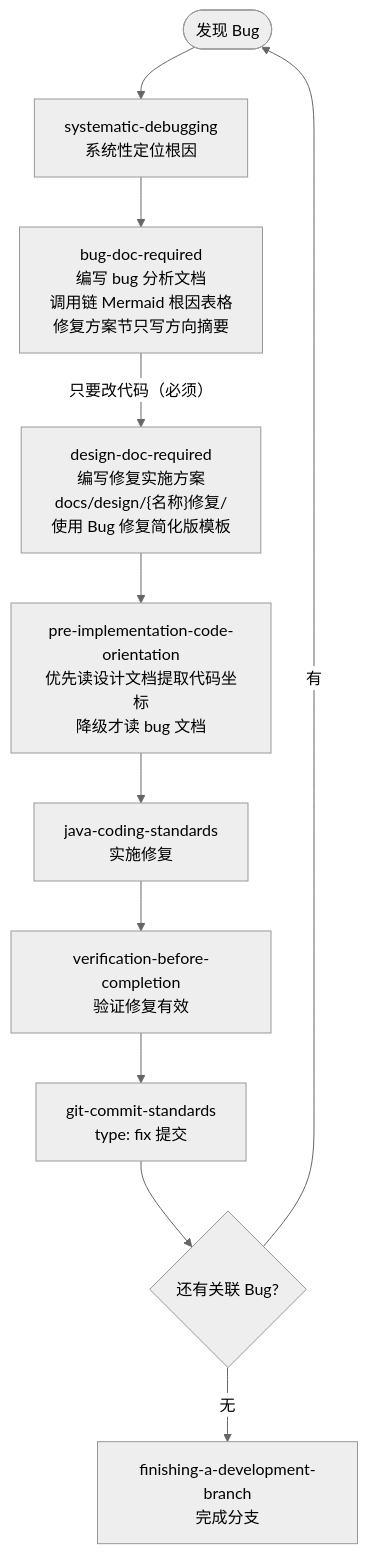
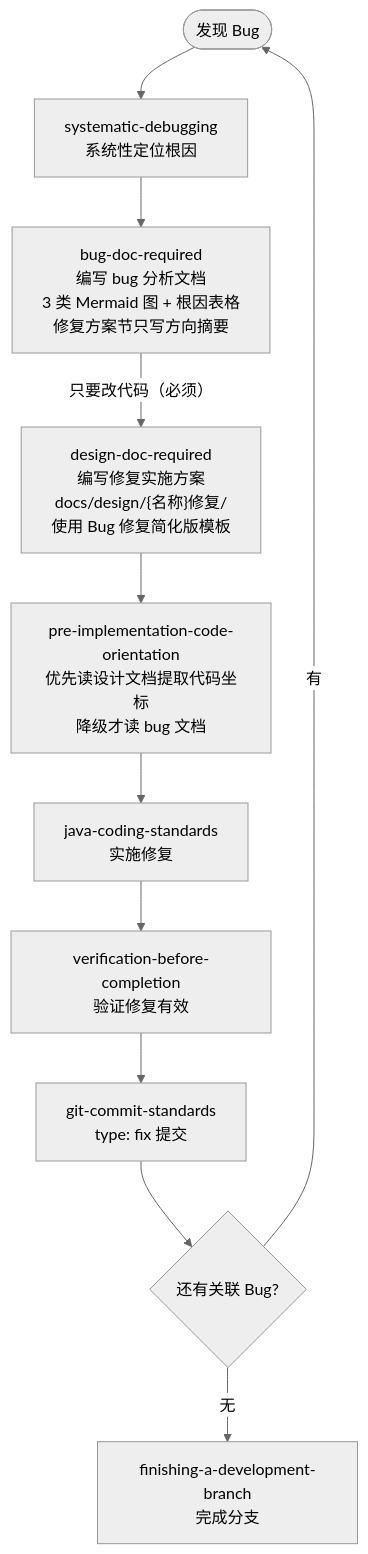
The third of 5 diagrams in docs/skill-flow.md (exception-coder/team-standards), drawn with Mermaid (neutral theme) before and after one commit. The commit also changed 13 other files, not shown here.

````diff
--- a/docs/skill-flow.md
+++ b/docs/skill-flow.md
@@ -105,13 +105,13 @@
 ```mermaid
 flowchart TD
     BUG(["发现 Bug"]) --> DEBUG["systematic-debugging\n系统性定位根因"]
-    DEBUG --> BUGDOC["bug-doc-required\n编写 bug 分析文档\n调用链 Mermaid 根因表格\n修复方案节只写方向摘要"]
+    DEBUG --> BUGDOC["bug-doc-required\n编写 bug 分析文档\n3 类 Mermaid 图 + 根因表格\n修复方案节只写方向摘要"]
     BUGDOC -- "只要改代码（必须）" --> DDR["design-doc-required\n编写修复实施方案\ndocs/design/{名称}修复/\n使用 Bug 修复简化版模板"]
     DDR --> ORIENT["pre-implementation-code-orientation\n优先读设计文档提取代码坐标\n降级才读 bug 文档"]
     ORIENT --> CODE["java-coding-standards\n实施修复"]
     CODE --> VERIFY["verification-before-completion\n验证修复有效"]
     VERIFY --> COMMIT["git-commit-standards\n type: fix  提交"]
     COMMIT --> MORE{"还有关联 Bug?"}
     MORE -- "有" --> BUG
     MORE -- "无" --> FINISH["finishing-a-development-branch\n完成分支"]
 ```
````
